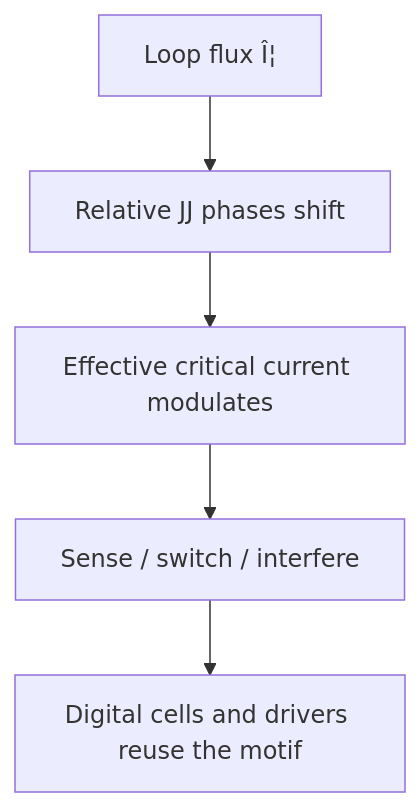
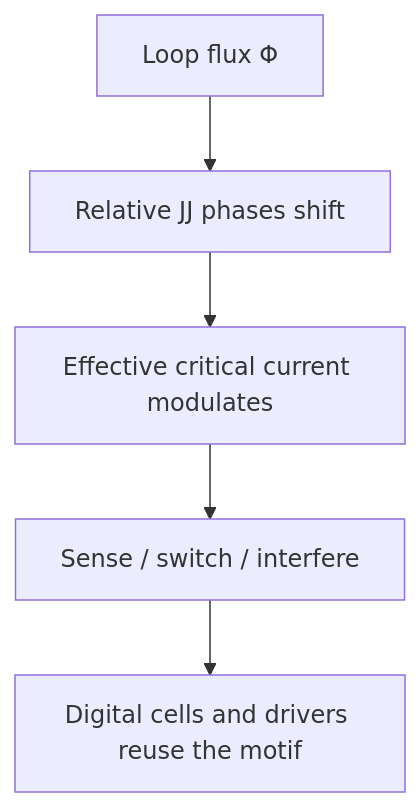
Before and after one commit to Single-Flux-Quantum/sfq-learn-public: the second of 2 diagrams in docs/fundamentals/superconducting-loop-squid.md, drawn with Mermaid. The commit also changed other lines of this file and 39 other files, not shown here.

````diff
--- a/docs/fundamentals/superconducting-loop-squid.md
+++ b/docs/fundamentals/superconducting-loop-squid.md
@@ -66,7 +66,7 @@
 ```mermaid
 flowchart TD
-  Flux[Loop flux Î¦] --> Phase[Relative JJ phases shift]
+  Flux[Loop flux Φ] --> Phase[Relative JJ phases shift]
   Phase --> IcEff[Effective critical current modulates]
   IcEff --> Sense[Sense / switch / interfere]
   Sense --> Dig[Digital cells and drivers reuse the motif]
 ```
````
